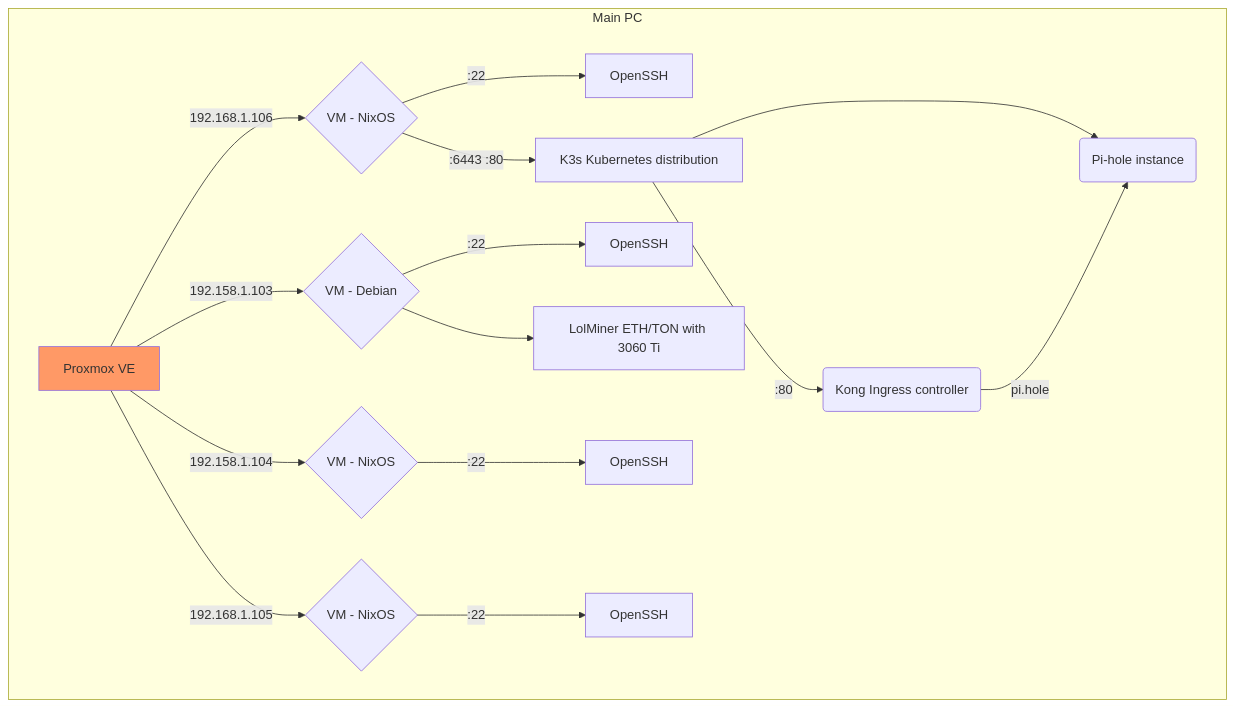
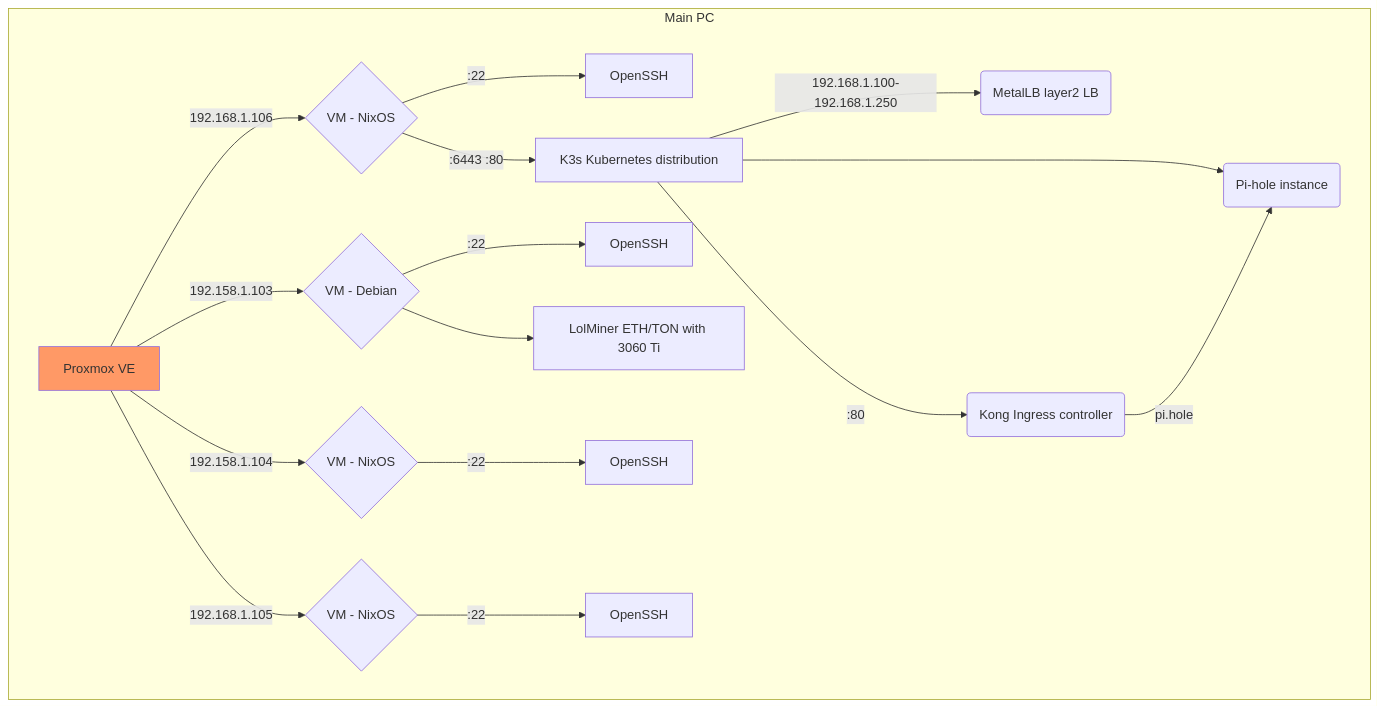
One commit to portothree/dotfiles changed the diagram in homelab/README.md. Above: the diagram before and after it, drawn with Mermaid.

Commit message:
docs: update diagrams

````diff
--- a/homelab/README.md
+++ b/homelab/README.md
@@ -3,21 +3,26 @@
 ```mermaid
 graph TD
 	subgraph Main PC
 		A[Proxmox VE] -->|192.168.1.106| 100{VM - NixOS};
 		100 -->|:22| 100_ssh[OpenSSH];
 		100 -->|:6443 :80| K3s[K3s Kubernetes distribution];
+		K3s -->|192.168.1.100-192.168.1.250| MetalLB(MetalLB layer2 LB);
+		click MetalLB "https://metallb.org/concepts/layer2" _blank
 		K3s -->|:80| Kong(Kong Ingress controller);
 		K3s --> Pi-hole(Pi-hole instance);
 		Kong -->|pi.hole| Pi-hole;
+		
 		A -->|192.158.1.103| 102{VM - Debian};
 		102 -->|:22| 102_ssh[OpenSSH];
 		102 --> lolminer[LolMiner ETH/TON with 3060 Ti];
+		
 		A -->|192.158.1.104| 103{VM - NixOS};
 		103 -->|:22| 103_ssh[OpenSSH];
+		
 		A -->|192.168.1.105| 104{VM - NixOS};
 		104 -->|:22| 104_ssh[OpenSSH];
 	end
 	
 	classDef orange fill:#f96;
 	class A orange
 ```
````
